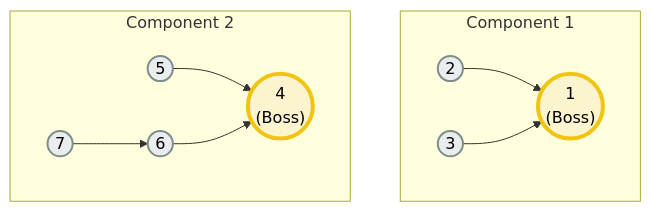
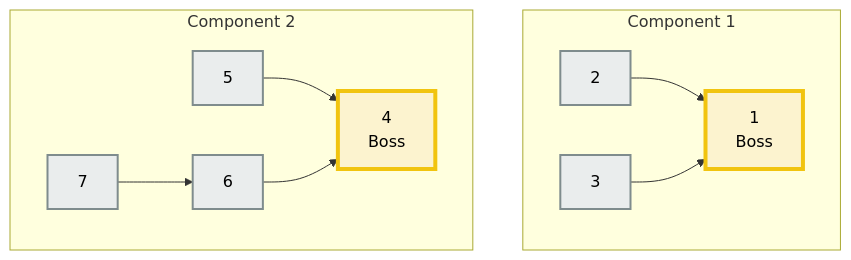
Diagram 23 of 36 in Graph/DSU_README.md (muntasir24/DSA_Practice), drawn with Mermaid before and after one commit. The commit also changed other lines of this file, not shown here.

````diff
--- a/Graph/DSU_README.md
+++ b/Graph/DSU_README.md
@@ -928,23 +928,23 @@
 ```mermaid
 graph TD
     classDef superBoss fill:#FCF3CF,stroke:#F1C40F,stroke-width:4px,color:#000000;
     classDef midBoss fill:#EAEDED,stroke:#7F8C8D,stroke-width:2px,color:#000000;
 
     subgraph Component_1 ["Component 1"]
-        1(("1<br>(Boss)")):::superBoss
-        2(("2")):::midBoss
-        3(("3")):::midBoss
+        1["1<br>Boss"]:::superBoss
+        2["2"]:::midBoss
+        3["3"]:::midBoss
         2 --> 1
         3 --> 1
     end
 
     subgraph Component_2 ["Component 2"]
-        4(("4<br>(Boss)")):::superBoss
-        5(("5")):::midBoss
-        6(("6")):::midBoss
-        7(("7")):::midBoss
+        4["4<br>Boss"]:::superBoss
+        5["5"]:::midBoss
+        6["6"]:::midBoss
+        7["7"]:::midBoss
         5 --> 4
         6 --> 4
         7 --> 6
     end
 ```
````
